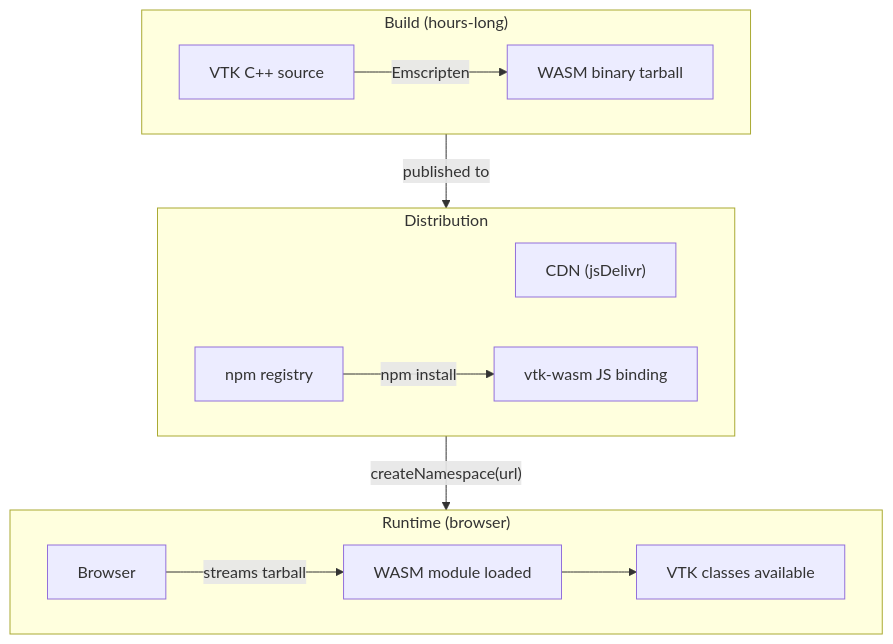
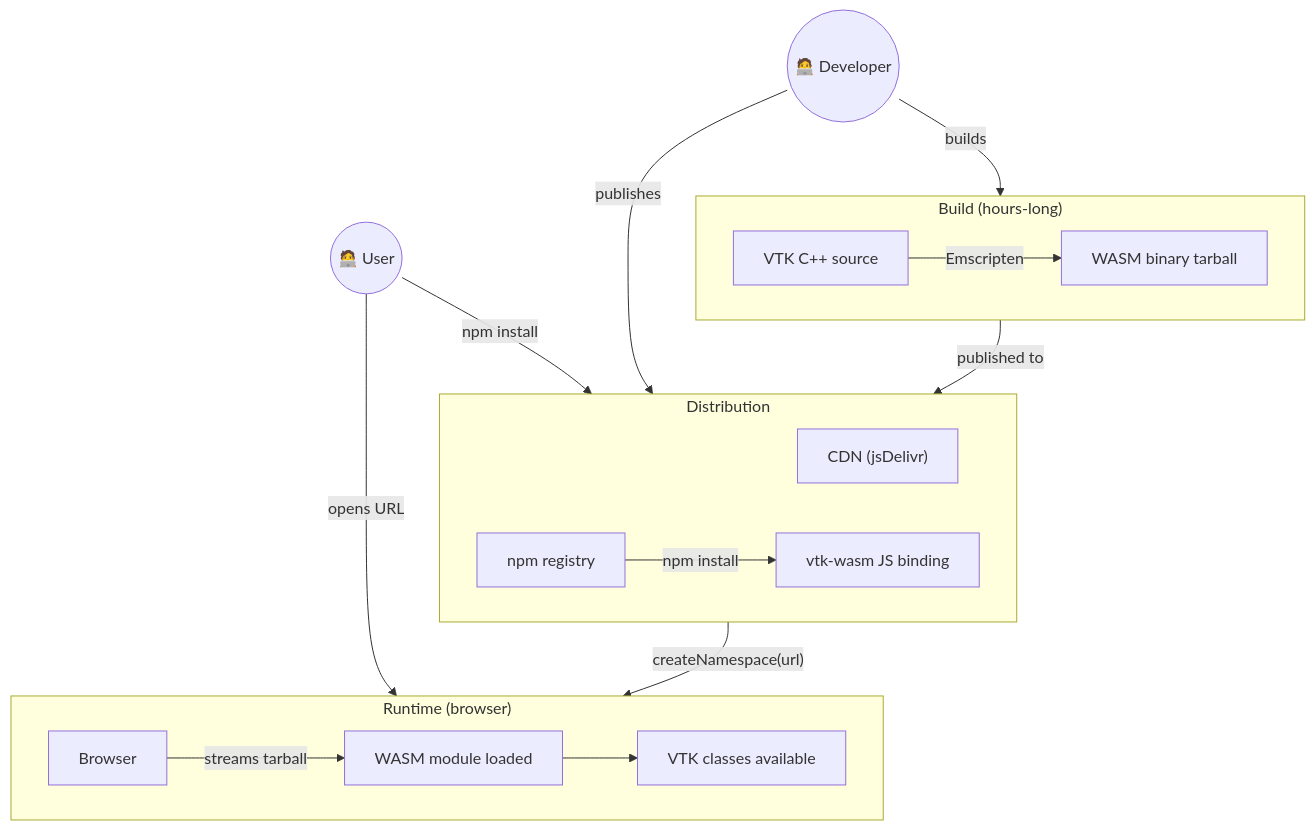
Before and after one commit to tkoyama010/pyvista-wasm: the second of 4 diagrams in slides/slides.md, drawn with Mermaid.

Commit message:
docs: add developer and user actors to deployment diagram

````diff
--- a/slides/slides.md
+++ b/slides/slides.md
@@ -500,18 +500,23 @@
-```mermaid {scale: 0.55}
+```mermaid {scale: 0.45}
 flowchart TB
   subgraph Build["Build (hours-long)"]
     direction LR
     V["VTK C++ source"] -->|"Emscripten"| W["WASM binary tarball"]
   end
   subgraph Dist["Distribution"]
     direction LR
     W -->|"published to"| CDN["CDN (jsDelivr)"]
     NPM["npm registry"] -->|"npm install"| PKG["vtk-wasm JS binding"]
   end
   subgraph Runtime["Runtime (browser)"]
     direction LR
     CDN -->|"createNamespace(url)"| BR["Browser"]
     BR -->|"streams tarball"| MEM["WASM module loaded"]
     MEM --> R["VTK classes available"]
   end
+
+  DEV(("🧑‍💻 Developer")) -->|"builds"| Build
+  DEV -->|"publishes"| Dist
+  USR(("🧑‍💻 User")) -->|"npm install"| PKG
+  USR -->|"opens URL"| BR
 ```
````
